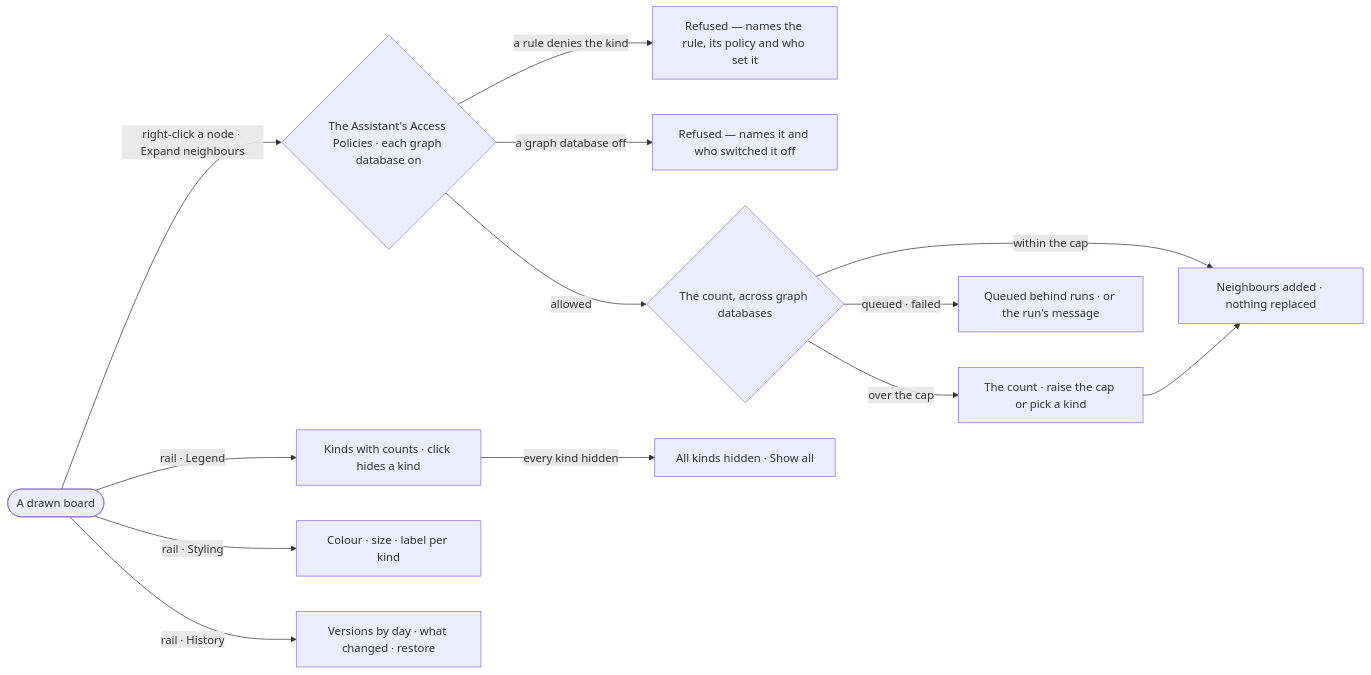
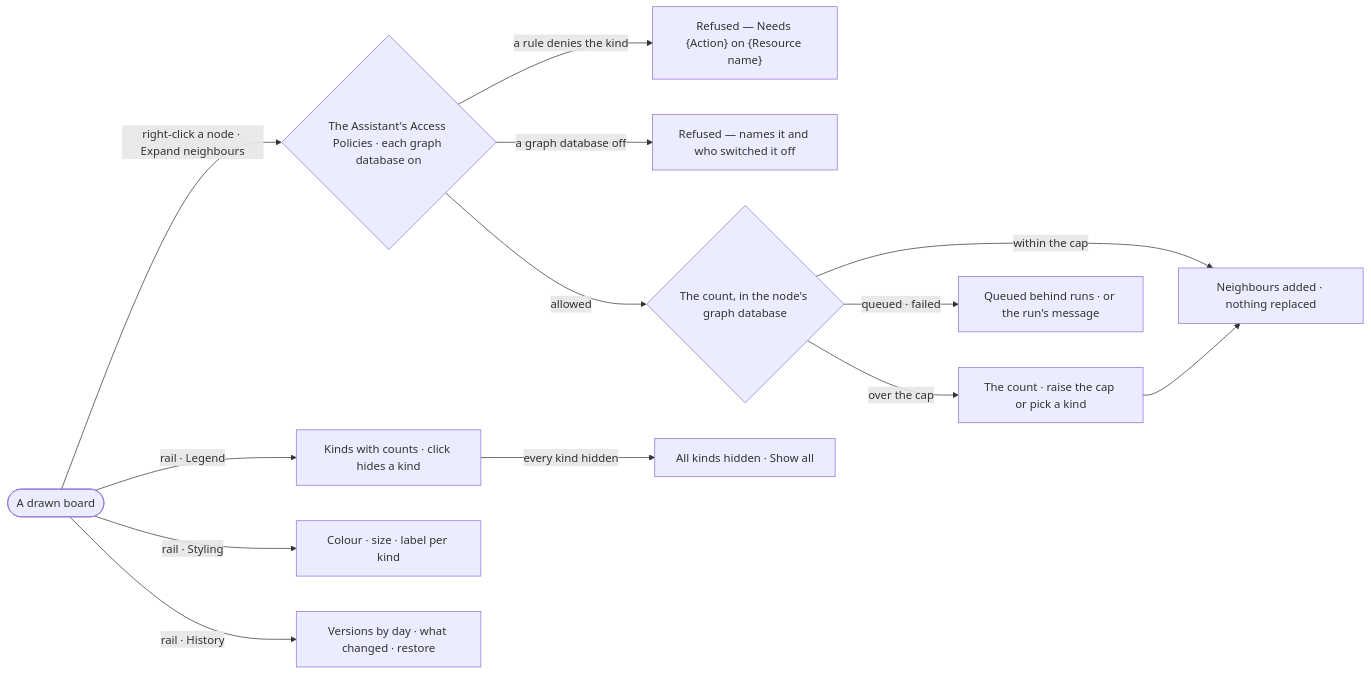
The diagram in specs/capabilities/explore/features/EX-F01-the-board-and-its-canvas/stories/EX-09-shape-the-board-by-hand/story.md (invana/invana), drawn with Mermaid before and after one commit. The commit also changed other lines of this file and 456 other files, not shown here.

````diff
--- a/specs/capabilities/explore/features/EX-F01-the-board-and-its-canvas/stories/EX-09-shape-the-board-by-hand/story.md
+++ b/specs/capabilities/explore/features/EX-F01-the-board-and-its-canvas/stories/EX-09-shape-the-board-by-hand/story.md
@@ -28,14 +28,14 @@
 ```mermaid
 flowchart LR
   a([A drawn board]) -->|right-click a node · Expand neighbours| ck{"The Assistant's Access Policies · each graph database on"}
-  ck -->|a rule denies the kind| r["Refused — names the rule, its policy and who set it"]
+  ck -->|a rule denies the kind| r["Refused — Needs {Action} on {Resource name}"]
   ck -->|a graph database off| off["Refused — names it and who switched it off"]
-  ck -->|allowed| c{The count, across graph databases}
+  ck -->|allowed| c{The count, in the node's graph database}
   c -->|within the cap| d["Neighbours added · nothing replaced"]
   c -->|over the cap| k["The count · raise the cap or pick a kind"] --> d
   c -->|queued · failed| q["Queued behind runs · or the run's message"]
   a -->|rail · Legend| l["Kinds with counts · click hides a kind"]
   l -->|every kind hidden| s["All kinds hidden · Show all"]
   a -->|rail · Styling| st["Colour · size · label per kind"]
   a -->|rail · History| h["Versions by day · what changed · restore"]
 ```
````
